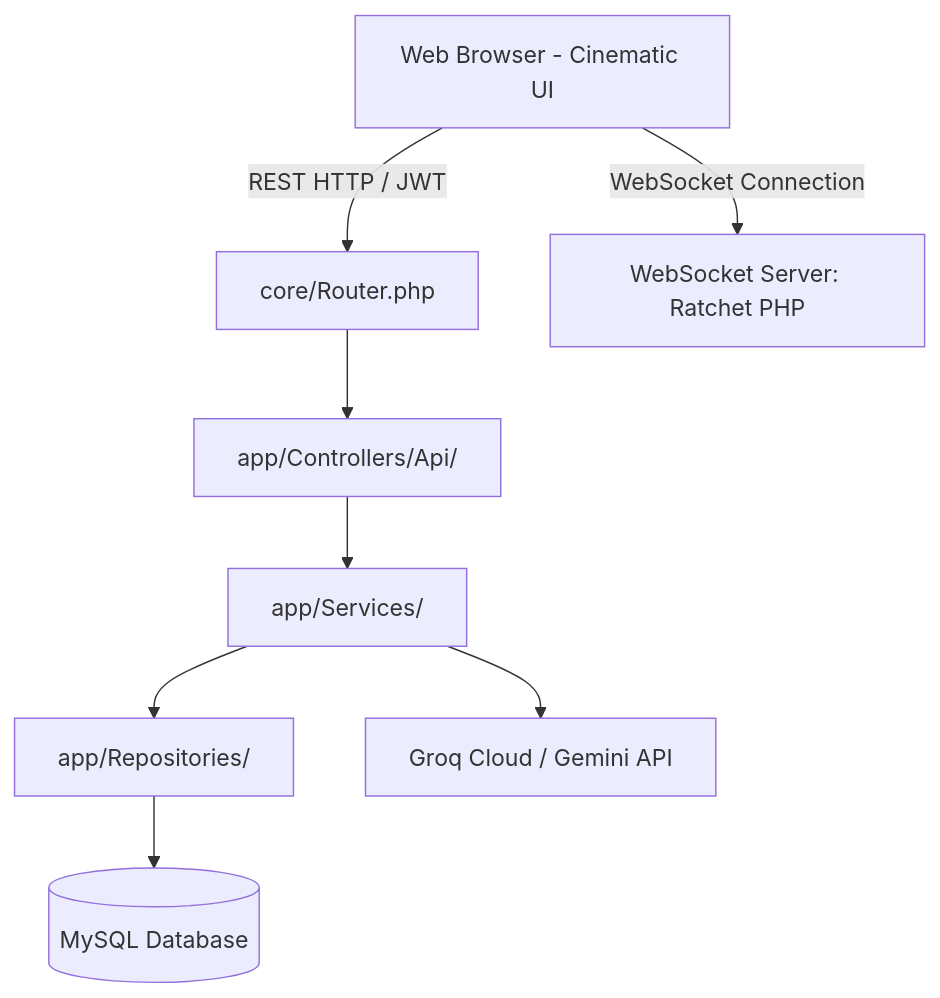
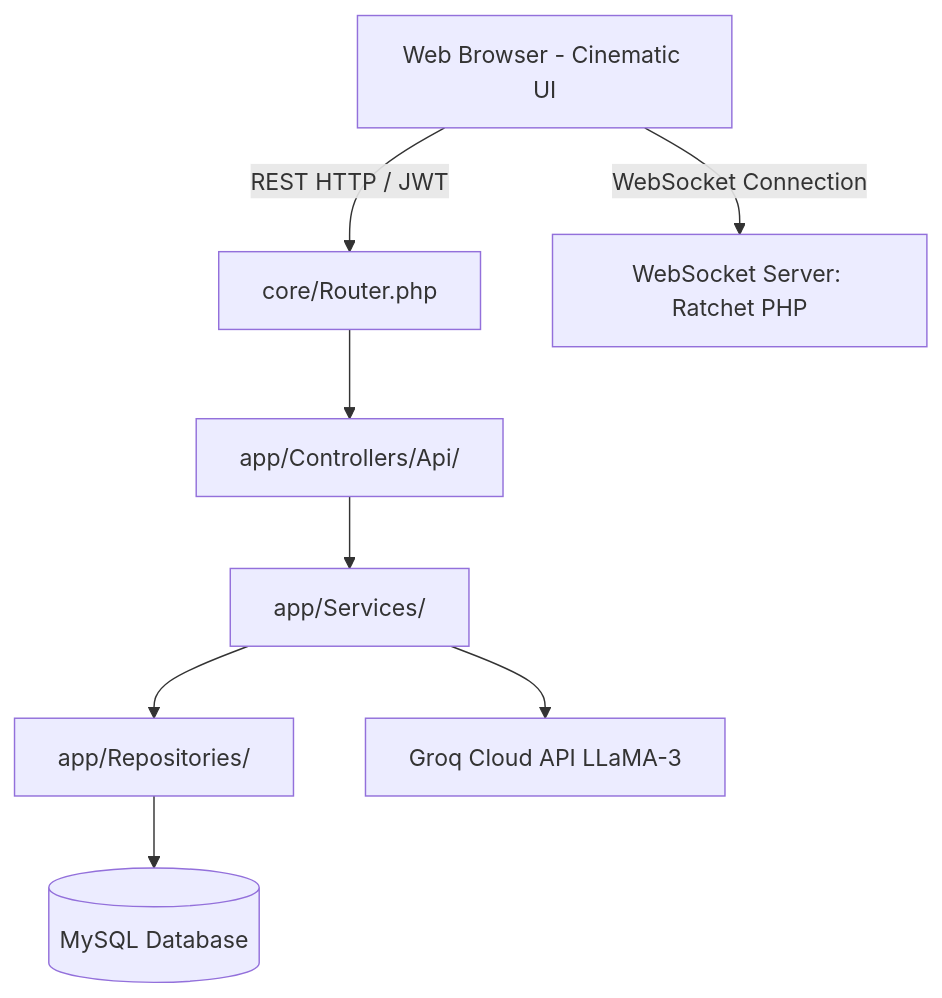
One commit to hieule52/ai-study-hub-v2 changed the diagram in readme.md. Above: the diagram before and after it, drawn with Mermaid. The commit also changed other lines of this file, not shown here.

````diff
--- a/readme.md
+++ b/readme.md
@@ -65,10 +67,10 @@
 ```mermaid
 graph TD
     Client[Web Browser - Cinematic UI] -->|REST HTTP / JWT| Router[core/Router.php]
     Client -->|WebSocket Connection| WS[WebSocket Server: Ratchet PHP]
     Router --> Controllers[app/Controllers/Api/]
     Controllers --> Services[app/Services/]
     Services --> Repositories[app/Repositories/]
     Repositories --> DB[(MySQL Database)]
-    Services --> AI[Groq Cloud / Gemini API]
+    Services --> AI[Groq Cloud API LLaMA-3]
 ```
````
